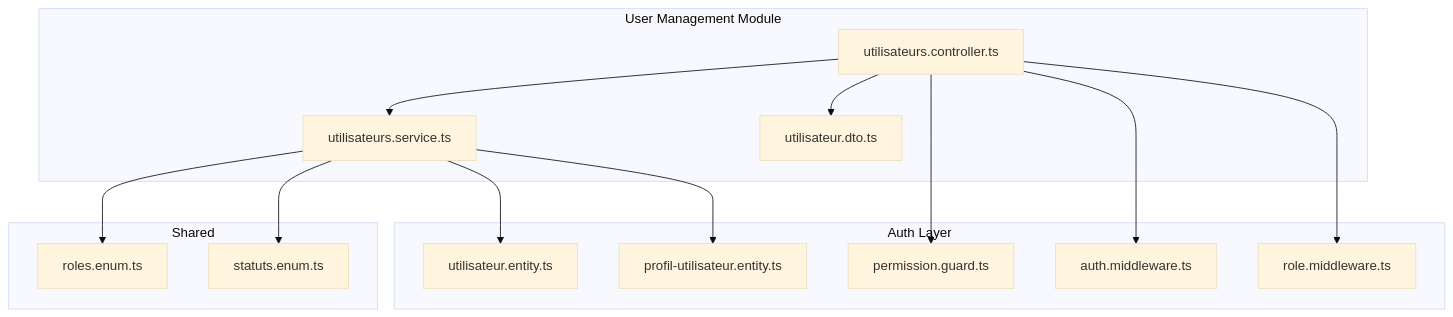
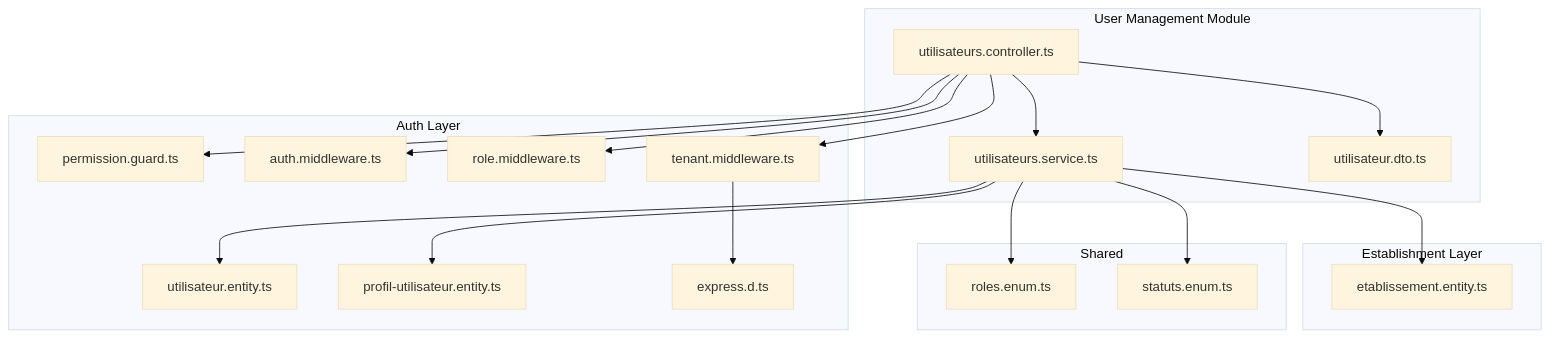
Before and after one commit to franckylab/eLISAschool: the first of 7 diagrams in .qoder/repowiki/en/content/Backend API Documentation/User Management API.md, drawn with Mermaid (base theme). The commit also changed other lines of this file and 126 other files, not shown here.

````diff
--- a/.qoder/repowiki/en/content/Backend API Documentation/User Management API.md
+++ b/.qoder/repowiki/en/content/Backend API Documentation/User Management API.md
@@ -39,28 +51,36 @@
 ```mermaid
 graph TB
 subgraph "User Management Module"
 C["utilisateurs.controller.ts"]
 S["utilisateurs.service.ts"]
 D["utilisateur.dto.ts"]
 end
 subgraph "Auth Layer"
 U["utilisateur.entity.ts"]
 P["profil-utilisateur.entity.ts"]
 G["permission.guard.ts"]
 M1["auth.middleware.ts"]
 M2["role.middleware.ts"]
+TM["tenant.middleware.ts"]
+ED["express.d.ts"]
+end
+subgraph "Establishment Layer"
+E["etablissement.entity.ts"]
 end
 subgraph "Shared"
 R["roles.enum.ts"]
 ST["statuts.enum.ts"]
 end
 C --> S
 S --> U
 S --> P
+S --> E
 C --> D
 C --> G
 C --> M1
 C --> M2
+C --> TM
 S --> R
 S --> ST
+TM --> ED
 ```
````
